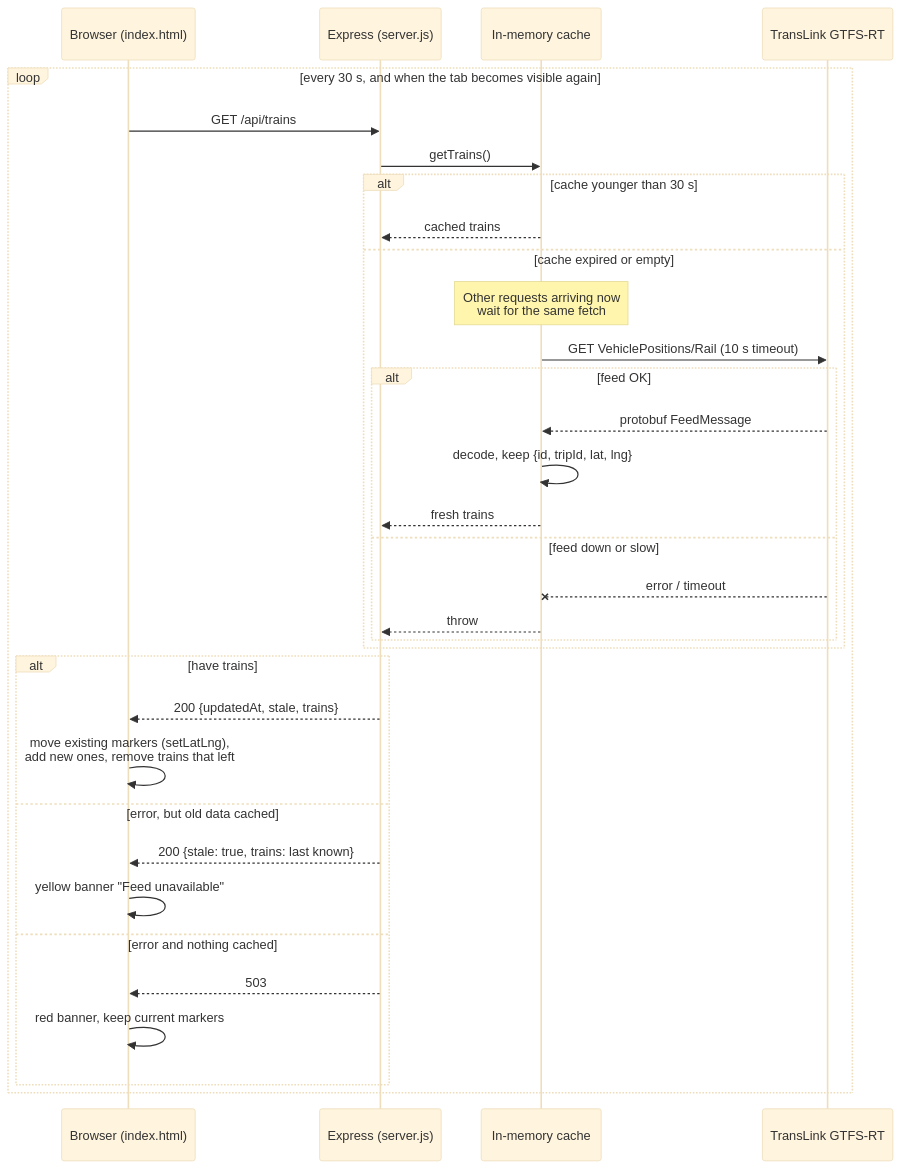
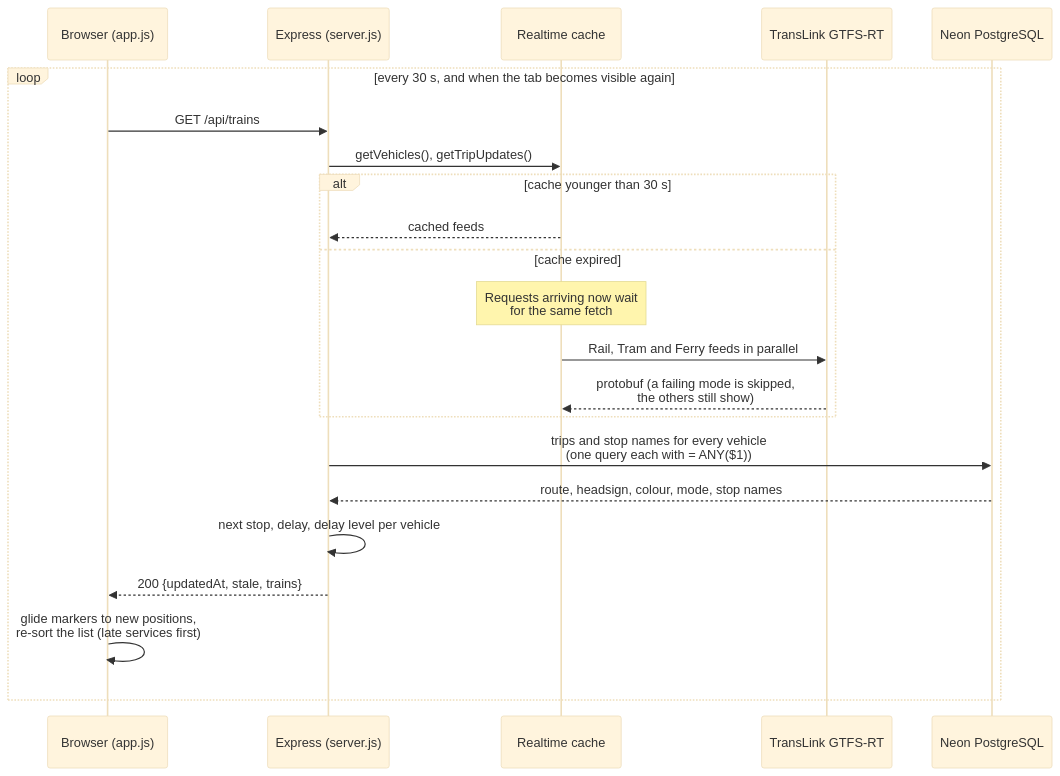
One commit to vy-trg/railway-live changed the second of 4 diagrams in railway-ARCHITECTURE.md. Above: the diagram before and after it, drawn with Mermaid (base theme). The commit also changed other lines of this file and 2 other files, not shown here.

Commit message:
README: The problem; architecture doc matches the app today; Stats shows minutes for the least reliable line

````diff
--- a/railway-ARCHITECTURE.md
+++ b/railway-ARCHITECTURE.md
@@ -79,36 +86,25 @@
 ```mermaid
 sequenceDiagram
-    participant B as Browser (index.html)
+    participant B as Browser (app.js)
     participant S as Express (server.js)
-    participant C as In-memory cache
+    participant C as Realtime cache
     participant T as TransLink GTFS-RT
+    participant D as Neon PostgreSQL
 
     loop every 30 s, and when the tab becomes visible again
         B->>S: GET /api/trains
-        S->>C: getTrains()
+        S->>C: getVehicles(), getTripUpdates()
         alt cache younger than 30 s
-            C-->>S: cached trains
-        else cache expired or empty
-            Note over C: Other requests arriving now<br/>wait for the same fetch
-            C->>T: GET VehiclePositions/Rail (10 s timeout)
-            alt feed OK
-                T-->>C: protobuf FeedMessage
-                C->>C: decode, keep {id, tripId, lat, lng}
-                C-->>S: fresh trains
-            else feed down or slow
-                T--xC: error / timeout
-                C-->>S: throw
-            end
+            C-->>S: cached feeds
+        else cache expired
+            Note over C: Requests arriving now wait<br/>for the same fetch
+            C->>T: Rail, Tram and Ferry feeds in parallel
+            T-->>C: protobuf (a failing mode is skipped,<br/>the others still show)
         end
-        alt have trains
-            S-->>B: 200 {updatedAt, stale, trains}
-            B->>B: move existing markers (setLatLng),<br/>add new ones, remove trains that left
-        else error, but old data cached
-            S-->>B: 200 {stale: true, trains: last known}
-            B->>B: yellow banner "Feed unavailable"
-        else error and nothing cached
-            S-->>B: 503
-            B->>B: red banner, keep current markers
-        end
+        S->>D: trips and stop names for every vehicle<br/>(one query each with = ANY($1))
+        D-->>S: route, headsign, colour, mode, stop names
+        S->>S: next stop, delay, delay level per vehicle
+        S-->>B: 200 {updatedAt, stale, trains}
+        B->>B: glide markers to new positions,<br/>re-sort the list (late services first)
     end
 ```
````
